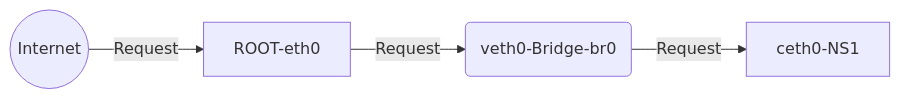
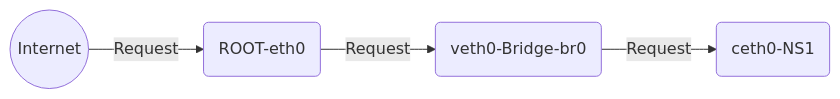
One commit to dipanjal/DevOps changed the fourth of 7 diagrams in NetNS_Ingress_Egress_Traffic/README.md. Above: the diagram before and after it, drawn with Mermaid. The commit also changed other lines of this file and 1 other file, not shown here.

````diff
--- a/NetNS_Ingress_Egress_Traffic/README.md
+++ b/NetNS_Ingress_Egress_Traffic/README.md
@@ -51,6 +50,6 @@
 ```mermaid
 graph LR
-A((Internet)) -- Request --> B[ROOT-eth0]
-B[ROOT-eth0] -- Request<DNAT> --> C(veth0-Bridge-br0)
-C(veth0-Bridge-br0) -- Request -->  D[ceth0-NS1]
+A((Internet)) -- Request --> B(ROOT-eth0)
+B(ROOT-eth0) -- Request<DNAT> --> C(veth0-Bridge-br0)
+C(veth0-Bridge-br0) -- Request -->  D(ceth0-NS1)
 ```
````
